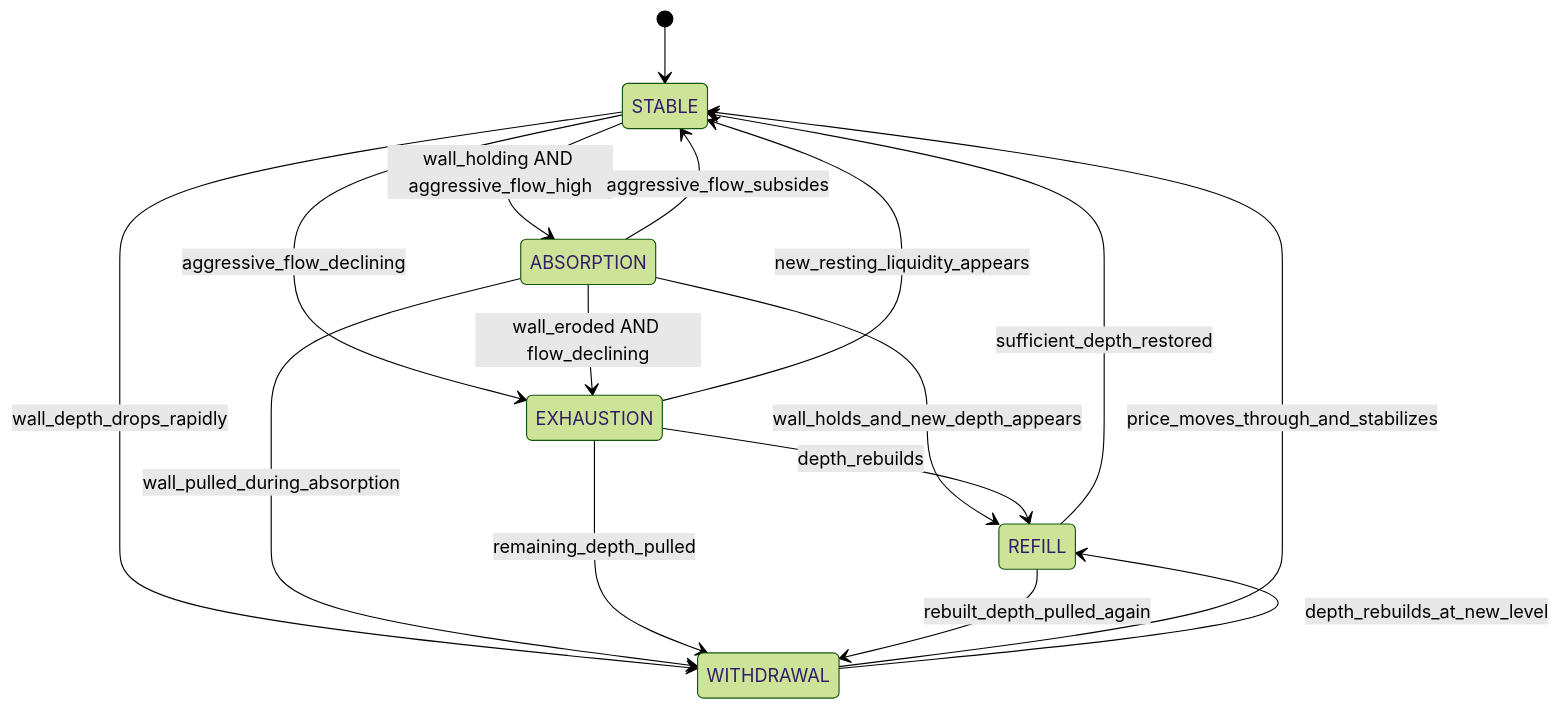
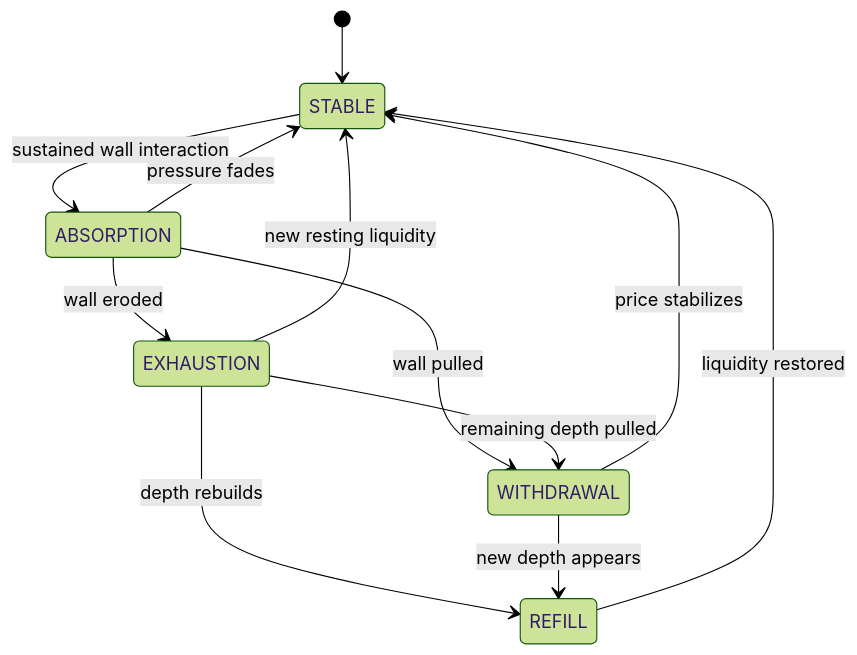
Before and after one commit to Centheos1/trading: the fifth of 10 diagrams in strategy.md, drawn with Mermaid (forest theme). The commit also changed other lines of this file and 26 other files, not shown here.

````diff
--- a/strategy.md
+++ b/strategy.md
@@ -591,18 +591,15 @@
 ```mermaid
 stateDiagram-v2
     [*] --> STABLE
-    STABLE --> ABSORPTION : wall_holding AND aggressive_flow_high
-    STABLE --> EXHAUSTION : aggressive_flow_declining
-    STABLE --> WITHDRAWAL : wall_depth_drops_rapidly
-    ABSORPTION --> STABLE : aggressive_flow_subsides
-    ABSORPTION --> EXHAUSTION : wall_eroded AND flow_declining
-    ABSORPTION --> WITHDRAWAL : wall_pulled_during_absorption
-    ABSORPTION --> REFILL : wall_holds_and_new_depth_appears
-    EXHAUSTION --> STABLE : new_resting_liquidity_appears
-    EXHAUSTION --> REFILL : depth_rebuilds
-    EXHAUSTION --> WITHDRAWAL : remaining_depth_pulled
-    WITHDRAWAL --> STABLE : price_moves_through_and_stabilizes
-    WITHDRAWAL --> REFILL : depth_rebuilds_at_new_level
-    REFILL --> STABLE : sufficient_depth_restored
-    REFILL --> WITHDRAWAL : rebuilt_depth_pulled_again
+    STABLE --> ABSORPTION : sustained wall interaction
+    ABSORPTION --> EXHAUSTION : wall eroded
+    ABSORPTION --> WITHDRAWAL : wall pulled
+    EXHAUSTION --> WITHDRAWAL : remaining depth pulled
+    EXHAUSTION --> REFILL : depth rebuilds
+    WITHDRAWAL --> REFILL : new depth appears
+    REFILL --> STABLE : liquidity restored
+
+    ABSORPTION --> STABLE : pressure fades
+    EXHAUSTION --> STABLE : new resting liquidity
+    WITHDRAWAL --> STABLE : price stabilizes
 ```
````
